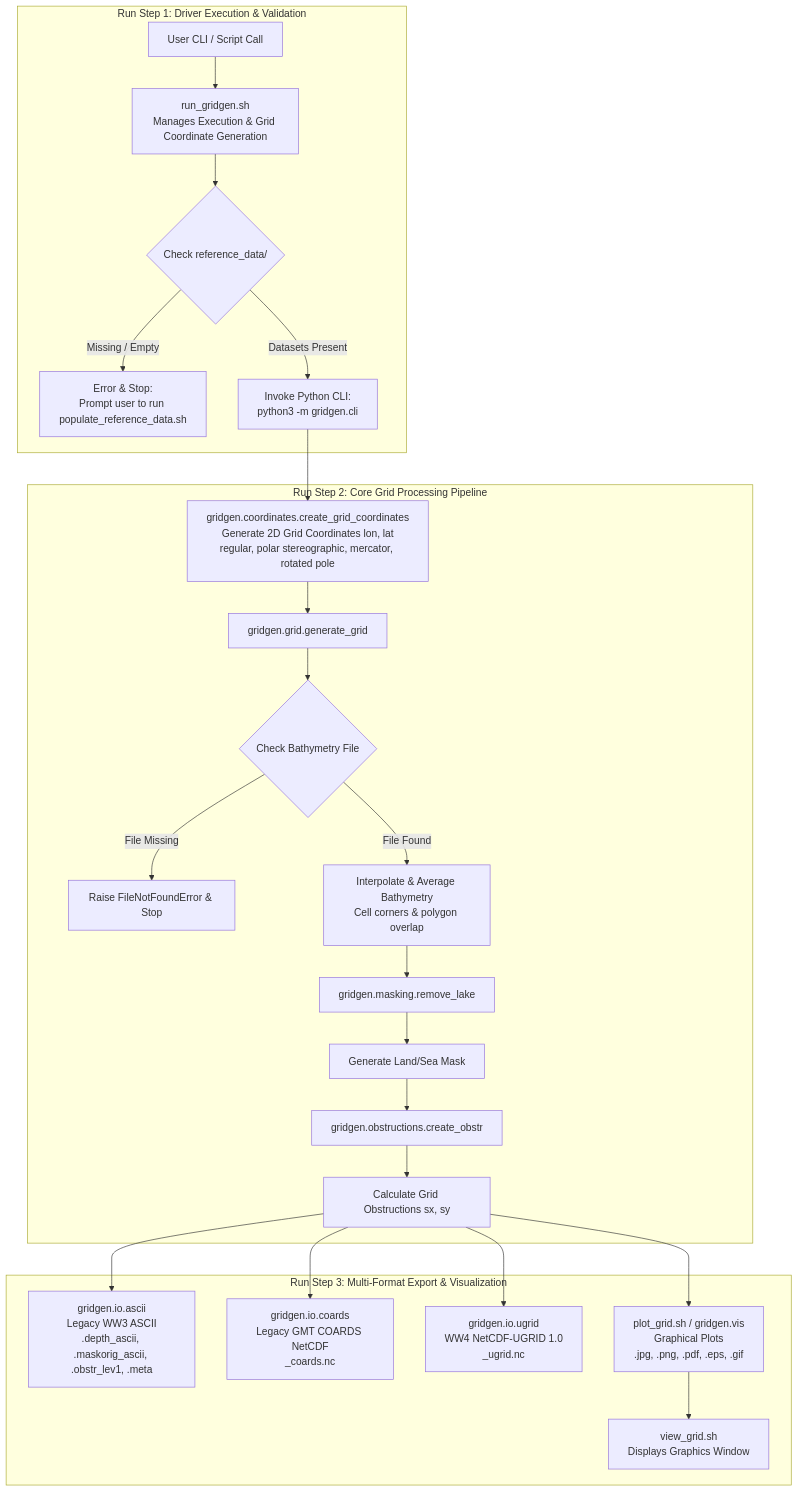
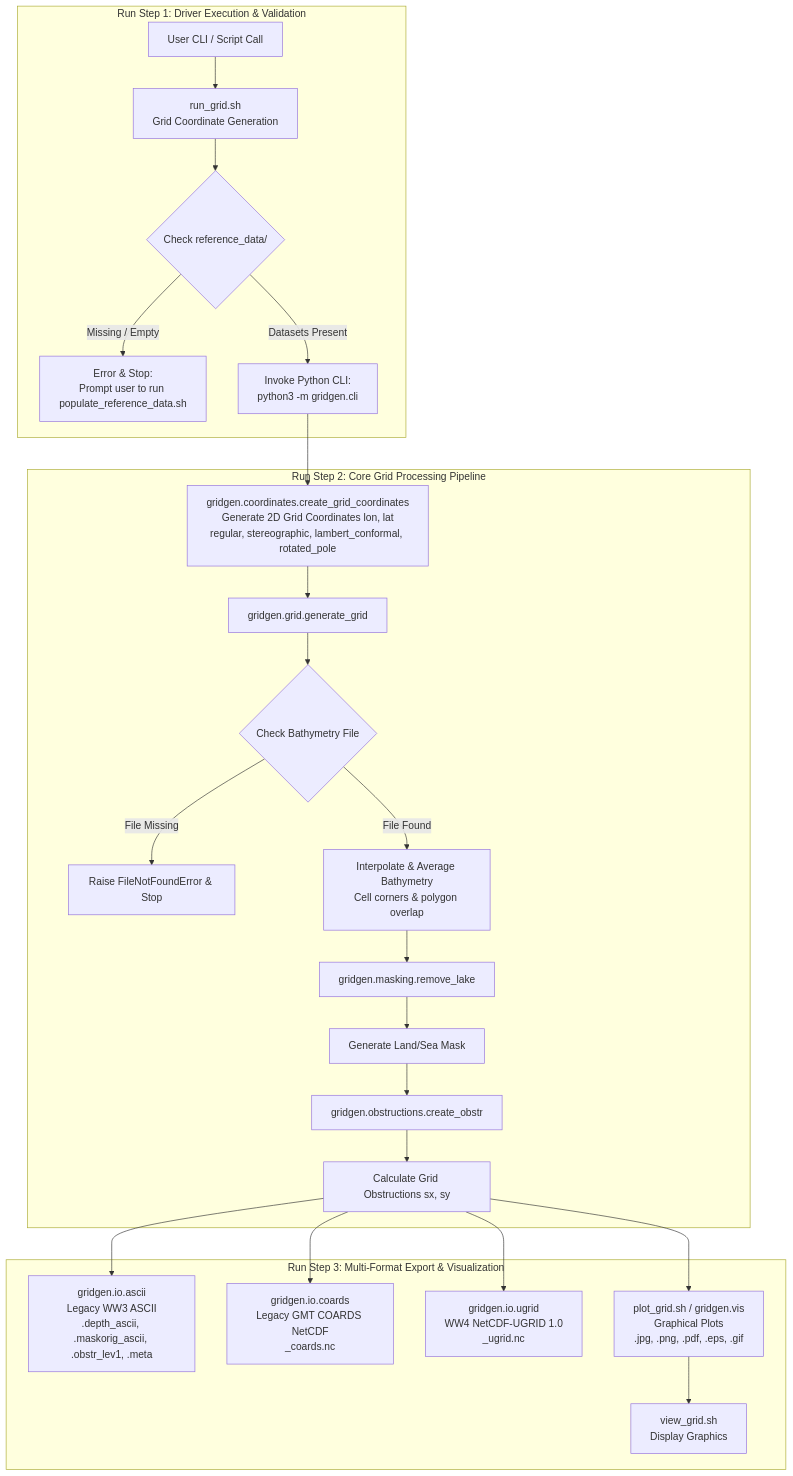
Before and after one commit to HendrikTolman-NOAA/gridgen: the second of 2 diagrams in ARCHITECTURE.md, drawn with Mermaid. The commit also changed other lines of this file and 5 other files, not shown here.

First line of the commit message:
Update grid coordinates generators, 2D UGRID NetCDF output, and ARCHITECTURE file

````diff
--- a/ARCHITECTURE.md
+++ b/ARCHITECTURE.md
@@ -45,31 +45,31 @@
 ```mermaid
 flowchart TD
     subgraph Run Step 1: Driver Execution & Validation
-        E[User CLI / Script Call] --> F[run_gridgen.sh<br/>Manages Execution & Grid Coordinate Generation]
+        E[User CLI / Script Call] --> F[run_grid.sh<br/>Grid Coordinate Generation]
         F --> G{Check reference_data/}
         G -- Missing / Empty --> H[Error & Stop:<br/>Prompt user to run populate_reference_data.sh]
         G -- Datasets Present --> I[Invoke Python CLI:<br/>python3 -m gridgen.cli]
     end
 
     subgraph Run Step 2: Core Grid Processing Pipeline
-        I --> J0[gridgen.coordinates.create_grid_coordinates<br/>Generate 2D Grid Coordinates lon, lat<br/>regular, polar stereographic, mercator, rotated pole]
+        I --> J0[gridgen.coordinates.create_grid_coordinates<br/>Generate 2D Grid Coordinates lon, lat<br/>regular, stereographic, lambert_conformal, rotated_pole]
         J0 --> J[gridgen.grid.generate_grid]
         J --> K{Check Bathymetry File}
         K -- File Missing --> L[Raise FileNotFoundError & Stop]
         K -- File Found --> M[Interpolate & Average Bathymetry<br/>Cell corners & polygon overlap]
 
         M --> N[gridgen.masking.remove_lake]
         N --> O[Generate Land/Sea Mask]
 
         O --> P[gridgen.obstructions.create_obstr]
         P --> Q[Calculate Grid Obstructions sx, sy]
     end
 
     subgraph Run Step 3: Multi-Format Export & Visualization
         Q --> R1[gridgen.io.ascii<br/>Legacy WW3 ASCII<br/>.depth_ascii, .maskorig_ascii, .obstr_lev1, .meta]
         Q --> R2[gridgen.io.coards<br/>Legacy GMT COARDS NetCDF<br/>_coards.nc]
         Q --> R3[gridgen.io.ugrid<br/>WW4 NetCDF-UGRID 1.0<br/>_ugrid.nc]
         Q --> R4[plot_grid.sh / gridgen.vis<br/>Graphical Plots<br/>.jpg, .png, .pdf, .eps, .gif]
-        R4 --> R5[view_grid.sh<br/>Displays Graphics Window]
+        R4 --> R5[view_grid.sh<br/>Display Graphics]
     end
 ```
````
